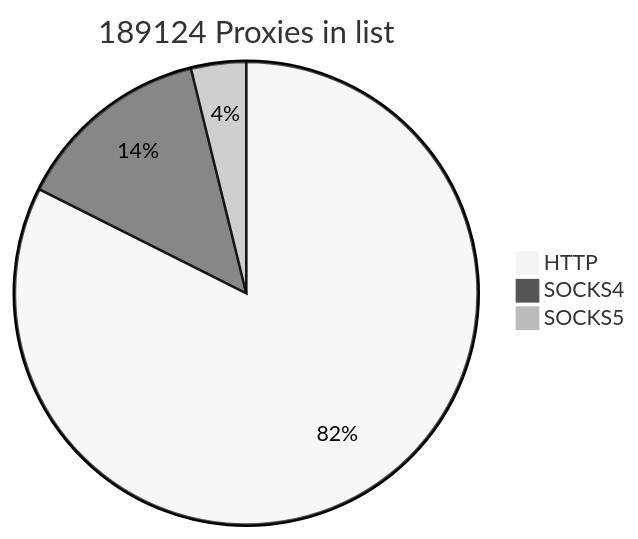
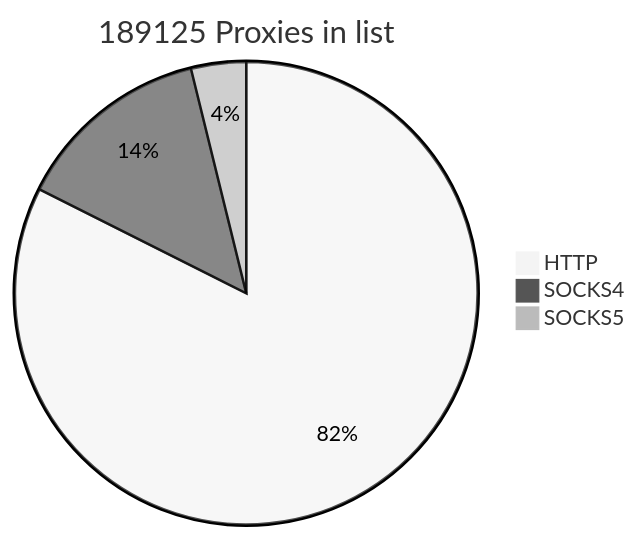
Before and after one commit to cutipu/proxylist: the first of 2 diagrams in README.md, drawn with Mermaid (neutral theme). The commit also changed other lines of this file, not shown here.

````diff
--- a/README.md
+++ b/README.md
@@ -2,7 +2,7 @@
 ```mermaid
-pie title 189124 Proxies in list
-    "HTTP" : 155867
-    "SOCKS4" : 25989
-    "SOCKS5" : 7268
+pie title 189125 Proxies in list
+    "HTTP" : 155866
+    "SOCKS4" : 25993
+    "SOCKS5" : 7266
             
 ```
````
